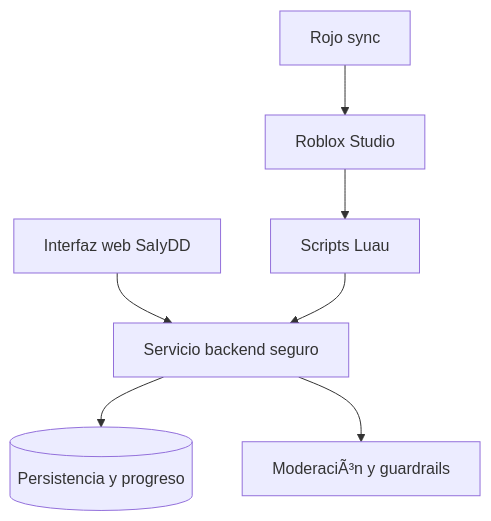
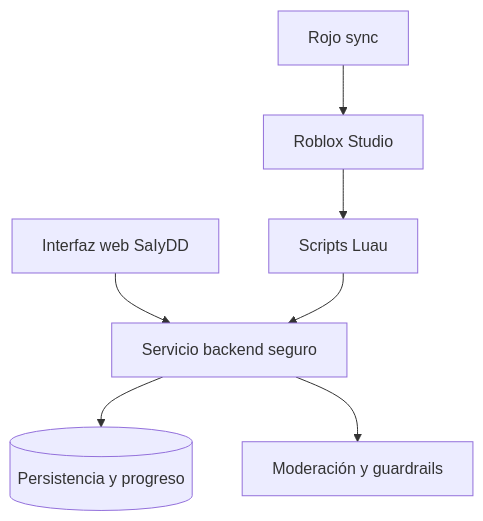
One commit to gproatechnology/GProA_SAIyDD changed the third of 4 diagrams in README.md. Above: the diagram before and after it, drawn with Mermaid. The commit also changed other lines of this file and 2 other files, not shown here.

Commit message:
fix(docs): repair mojibake in README, align roadmap with stage 8 and add root pytest.ini

````diff
--- a/README.md
+++ b/README.md
@@ -195,9 +195,9 @@
 ```mermaid
 flowchart TB
     WEB[Interfaz web SaIyDD] --> API[Servicio backend seguro]
     STUDIO[Roblox Studio] --> LU[Scripts Luau]
     LU --> API
     API --> DB[(Persistencia y progreso)]
-    API --> MOD[ModeraciÃ³n y guardrails]
+    API --> MOD[Moderación y guardrails]
     ROJO[Rojo sync] --> STUDIO
 ```
````
